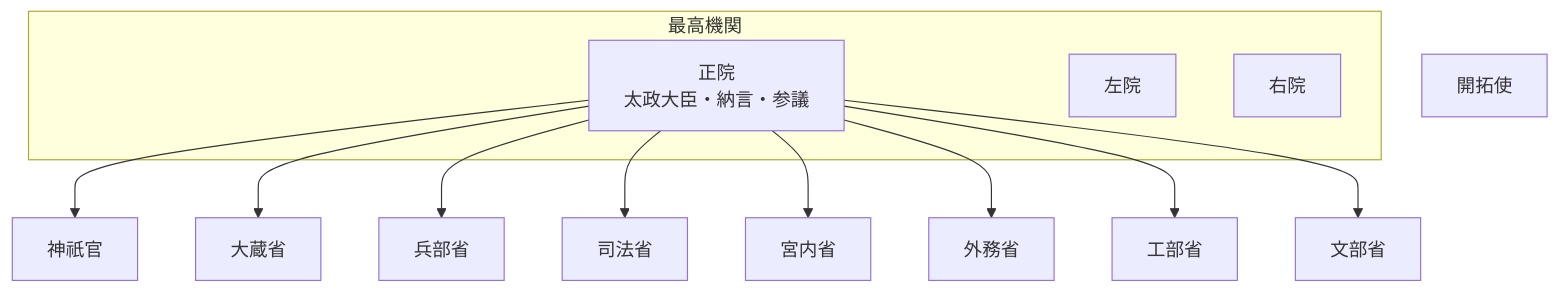
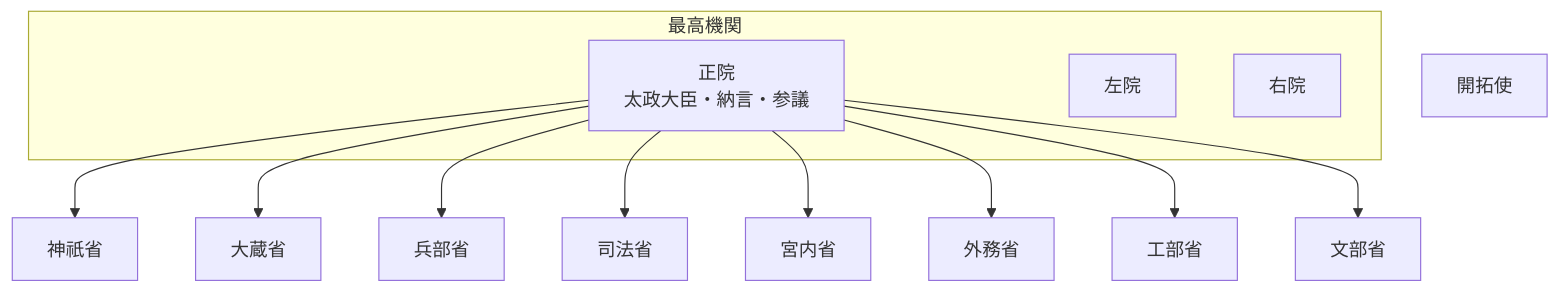
The diagram in README.md (tatemaru/jp-admin-org-chart), drawn with Mermaid before and after one commit. The commit also changed other lines of this file, not shown here.

First line of the commit message:
feat(神祇省): 神祇官を神祇省に改組

````diff
--- a/README.md
+++ b/README.md
@@ -9,26 +9,26 @@
 ```mermaid
 flowchart TB
   subgraph top["最高機関"]
     Sei["正院
 太政大臣・納言・参議"]
     Sa["左院"]
     U["右院"]
   end
-  JingiSho["神祇官"]
+  JingiSho["神祇省"]
   Sei --> JingiSho
   Okura["大蔵省"]
   Sei --> Okura
   Hyobu["兵部省"]
   Sei --> Hyobu
   Shiho["司法省"]
   Sei --> Shiho
   Kunai["宮内省"]
   Sei --> Kunai
   Gaimu["外務省"]
   Sei --> Gaimu
   Kobu["工部省"]
   Sei --> Kobu
   Mombu["文部省"]
   Sei --> Mombu
   Kaitaku["開拓使"]
 ```
````
